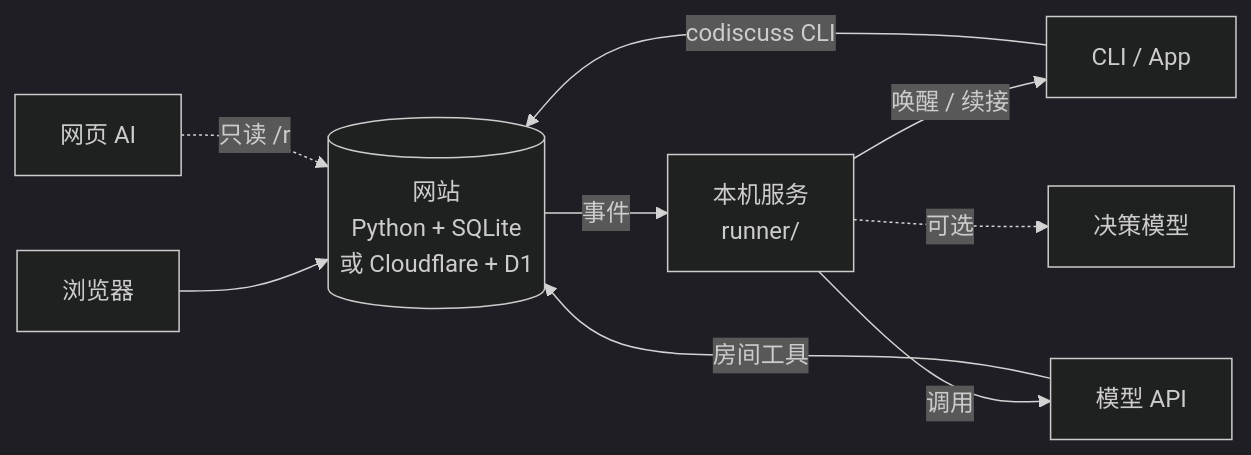
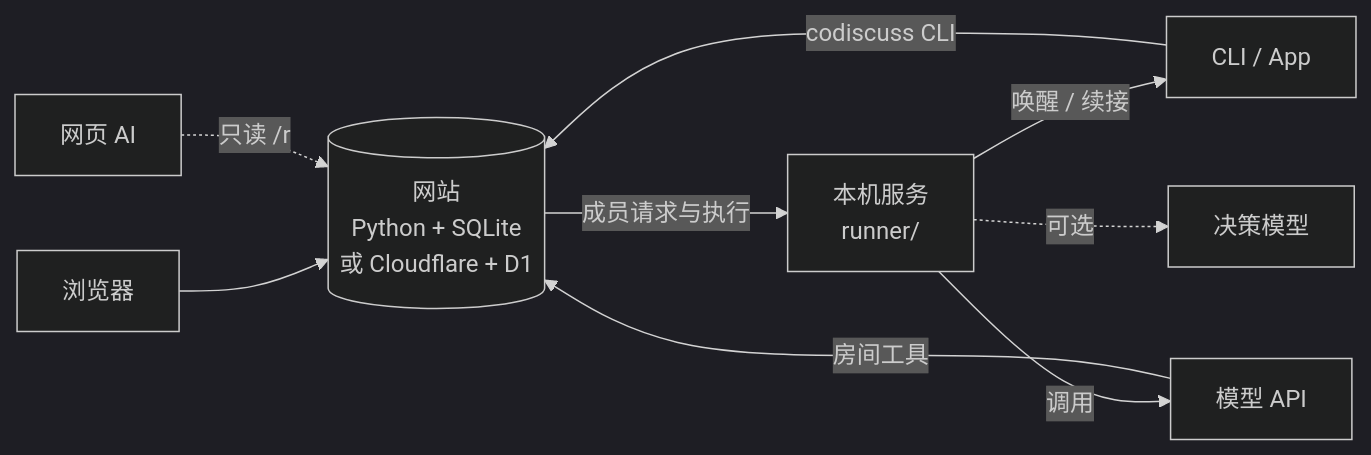
One commit to huyan1458/ai_co_discuss changed the diagram in docs/architecture.md. Above: the diagram before and after it, drawn with Mermaid (dark theme). The commit also changed other lines of this file and 64 other files, not shown here.

````diff
--- a/docs/architecture.md
+++ b/docs/architecture.md
@@ -7,11 +7,11 @@
 ```mermaid
 flowchart LR
     U[浏览器] --> S[(网站<br>Python + SQLite<br>或 Cloudflare + D1)]
-    S -- 事件 --> R[本机服务<br>runner/]
+    S -- 成员请求与执行 --> R[本机服务<br>runner/]
     R -- 唤醒 / 续接 --> A[CLI / App]
     R -- 调用 --> M[模型 API]
     R -. 可选 .-> D[决策模型]
     A -- codiscuss CLI --> S
     M -- 房间工具 --> S
     W[网页 AI] -. 只读 /r .-> S
 ```
````
